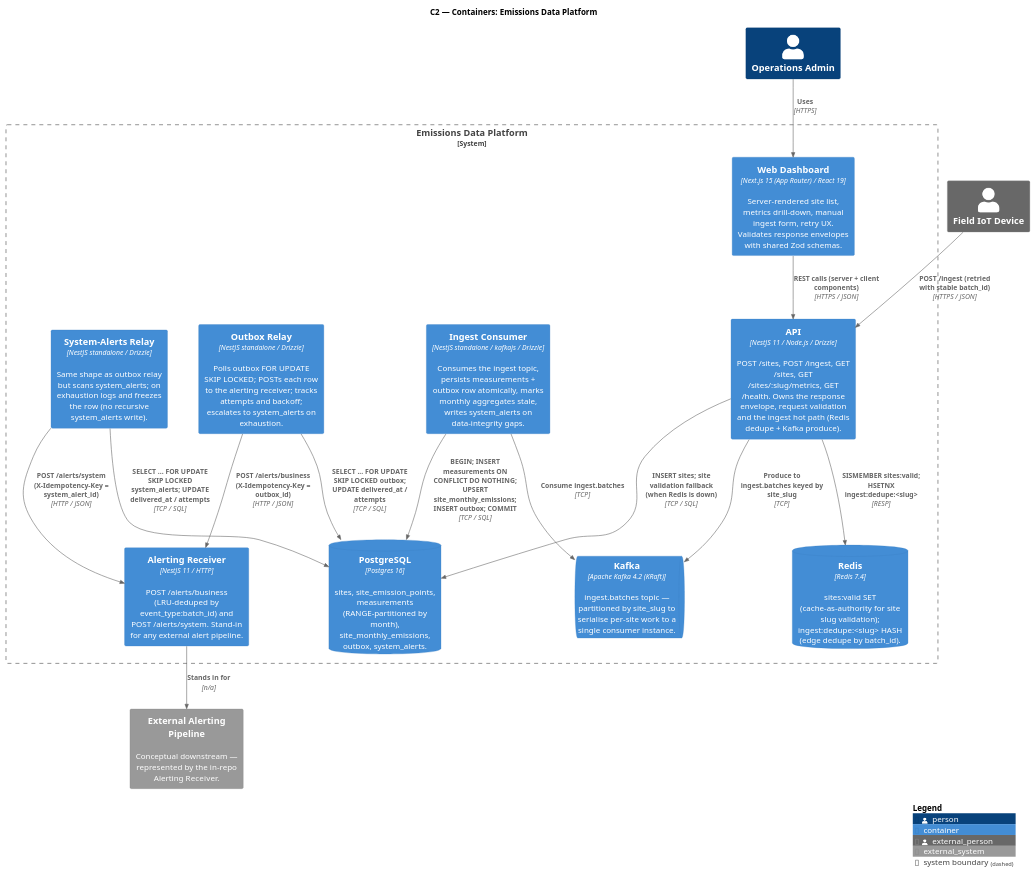
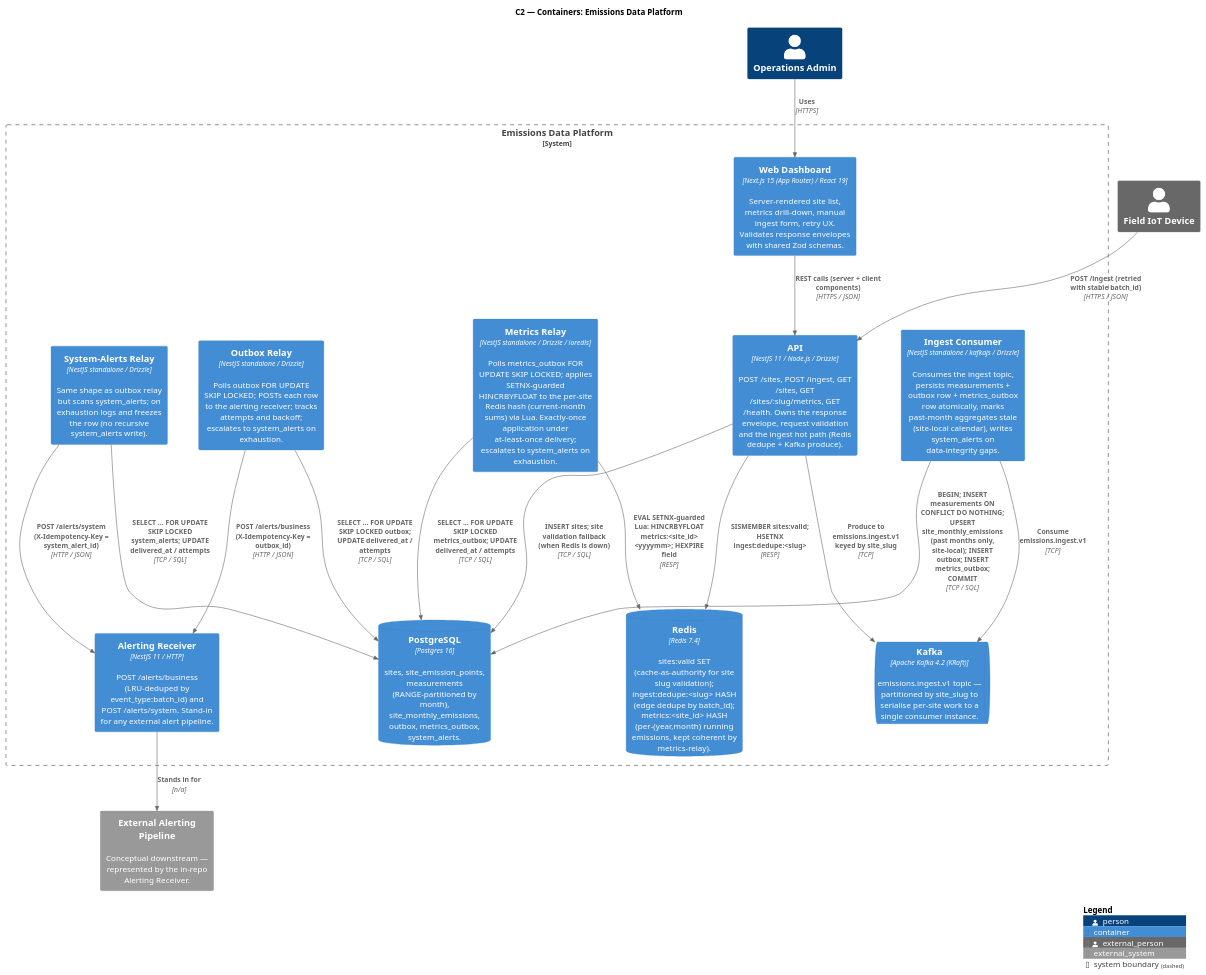
One commit to mehdone/Full-Stack-Take-Home changed the diagram in docs/c4/C2_containers.puml. Above: the diagram before and after it, drawn with PlantUML. The commit also changed 5 other files, not shown here.

Commit message:
Expanded C4 diagrams with `metrics-relay` components, updated Kafka topic naming, and integrated `metrics_outbox` table with related workflows. Enhanced documentation and deployment model to reflect new architecture.

```diff
--- a/docs/c4/C2_containers.puml
+++ b/docs/c4/C2_containers.puml
@@ -1,52 +1,57 @@
 @startuml C2_Containers
 !include https://raw.githubusercontent.com/plantuml-stdlib/C4-PlantUML/master/C4_Container.puml
 
 title C2 — Containers: Emissions Data Platform
 
 Person(admin, "Operations Admin")
 Person_Ext(device, "Field IoT Device")
 
 System_Boundary(platform, "Emissions Data Platform") {
 
   Container(web, "Web Dashboard", "Next.js 15 (App Router) / React 19", "Server-rendered site list, metrics drill-down, manual ingest form, retry UX. Validates response envelopes with shared Zod schemas.")
 
   Container(api, "API", "NestJS 11 / Node.js / Drizzle", "POST /sites, POST /ingest, GET /sites, GET /sites/:slug/metrics, GET /health. Owns the response envelope, request validation and the ingest hot path (Redis dedupe + Kafka produce).")
 
-  Container(consumer, "Ingest Consumer", "NestJS standalone / kafkajs / Drizzle", "Consumes the ingest topic, persists measurements + outbox row atomically, marks monthly aggregates stale, writes system_alerts on data-integrity gaps.")
+  Container(consumer, "Ingest Consumer", "NestJS standalone / kafkajs / Drizzle", "Consumes the ingest topic, persists measurements + outbox row + metrics_outbox row atomically, marks past-month aggregates stale (site-local calendar), writes system_alerts on data-integrity gaps.")
 
   Container(outbox_relay, "Outbox Relay", "NestJS standalone / Drizzle", "Polls outbox FOR UPDATE SKIP LOCKED; POSTs each row to the alerting receiver; tracks attempts and backoff; escalates to system_alerts on exhaustion.")
+
+  Container(metrics_relay, "Metrics Relay", "NestJS standalone / Drizzle / ioredis", "Polls metrics_outbox FOR UPDATE SKIP LOCKED; applies SETNX-guarded HINCRBYFLOAT to the per-site Redis hash (current-month sums) via Lua. Exactly-once application under at-least-once delivery; escalates to system_alerts on exhaustion.")
 
   Container(system_alerts_relay, "System-Alerts Relay", "NestJS standalone / Drizzle", "Same shape as outbox relay but scans system_alerts; on exhaustion logs and freezes the row (no recursive system_alerts write).")
 
   Container(alerting, "Alerting Receiver", "NestJS 11 / HTTP", "POST /alerts/business (LRU-deduped by event_type:batch_id) and POST /alerts/system. Stand-in for any external alert pipeline.")
 
-  ContainerDb(postgres, "PostgreSQL", "Postgres 16", "sites, site_emission_points, measurements (RANGE-partitioned by month), site_monthly_emissions, outbox, system_alerts.")
+  ContainerDb(postgres, "PostgreSQL", "Postgres 16", "sites, site_emission_points, measurements (RANGE-partitioned by month), site_monthly_emissions, outbox, metrics_outbox, system_alerts.")
 
-  ContainerDb(redis, "Redis", "Redis 7.4", "sites:valid SET (cache-as-authority for site slug validation); ingest:dedupe:<slug> HASH (edge dedupe by batch_id).")
+  ContainerDb(redis, "Redis", "Redis 7.4", "sites:valid SET (cache-as-authority for site slug validation); ingest:dedupe:<slug> HASH (edge dedupe by batch_id); metrics:<site_id> HASH (per-(year,month) running emissions, kept coherent by metrics-relay).")
 
-  ContainerQueue(kafka, "Kafka", "Apache Kafka 4.2 (KRaft)", "ingest.batches topic — partitioned by site_slug to serialise per-site work to a single consumer instance.")
+  ContainerQueue(kafka, "Kafka", "Apache Kafka 4.2 (KRaft)", "emissions.ingest.v1 topic — partitioned by site_slug to serialise per-site work to a single consumer instance.")
 }
 
 System_Ext(alerting_ext, "External Alerting Pipeline", "Conceptual downstream — represented by the in-repo Alerting Receiver.")
 
 Rel(admin, web, "Uses", "HTTPS")
 Rel(web, api, "REST calls (server + client components)", "HTTPS / JSON")
 Rel(device, api, "POST /ingest (retried with stable batch_id)", "HTTPS / JSON")
 
 Rel(api, redis, "SISMEMBER sites:valid; HSETNX ingest:dedupe:<slug>", "RESP")
 Rel(api, postgres, "INSERT sites; site validation fallback (when Redis is down)", "TCP / SQL")
-Rel(api, kafka, "Produce to ingest.batches keyed by site_slug", "TCP")
+Rel(api, kafka, "Produce to emissions.ingest.v1 keyed by site_slug", "TCP")
 
-Rel(consumer, kafka, "Consume ingest.batches", "TCP")
-Rel(consumer, postgres, "BEGIN; INSERT measurements ON CONFLICT DO NOTHING; UPSERT site_monthly_emissions; INSERT outbox; COMMIT", "TCP / SQL")
+Rel(consumer, kafka, "Consume emissions.ingest.v1", "TCP")
+Rel(consumer, postgres, "BEGIN; INSERT measurements ON CONFLICT DO NOTHING; UPSERT site_monthly_emissions (past months only, site-local); INSERT outbox; INSERT metrics_outbox; COMMIT", "TCP / SQL")
 
 Rel(outbox_relay, postgres, "SELECT ... FOR UPDATE SKIP LOCKED outbox; UPDATE delivered_at / attempts", "TCP / SQL")
 Rel(outbox_relay, alerting, "POST /alerts/business (X-Idempotency-Key = outbox_id)", "HTTP / JSON")
+
+Rel(metrics_relay, postgres, "SELECT ... FOR UPDATE SKIP LOCKED metrics_outbox; UPDATE delivered_at / attempts", "TCP / SQL")
+Rel(metrics_relay, redis, "EVAL SETNX-guarded Lua: HINCRBYFLOAT metrics:<site_id> <yyyymm>; HEXPIRE field", "RESP")
 
 Rel(system_alerts_relay, postgres, "SELECT ... FOR UPDATE SKIP LOCKED system_alerts; UPDATE delivered_at / attempts", "TCP / SQL")
 Rel(system_alerts_relay, alerting, "POST /alerts/system (X-Idempotency-Key = system_alert_id)", "HTTP / JSON")
 
 Rel(alerting, alerting_ext, "Stands in for", "n/a")
 
 SHOW_LEGEND()
 @enduml
```
